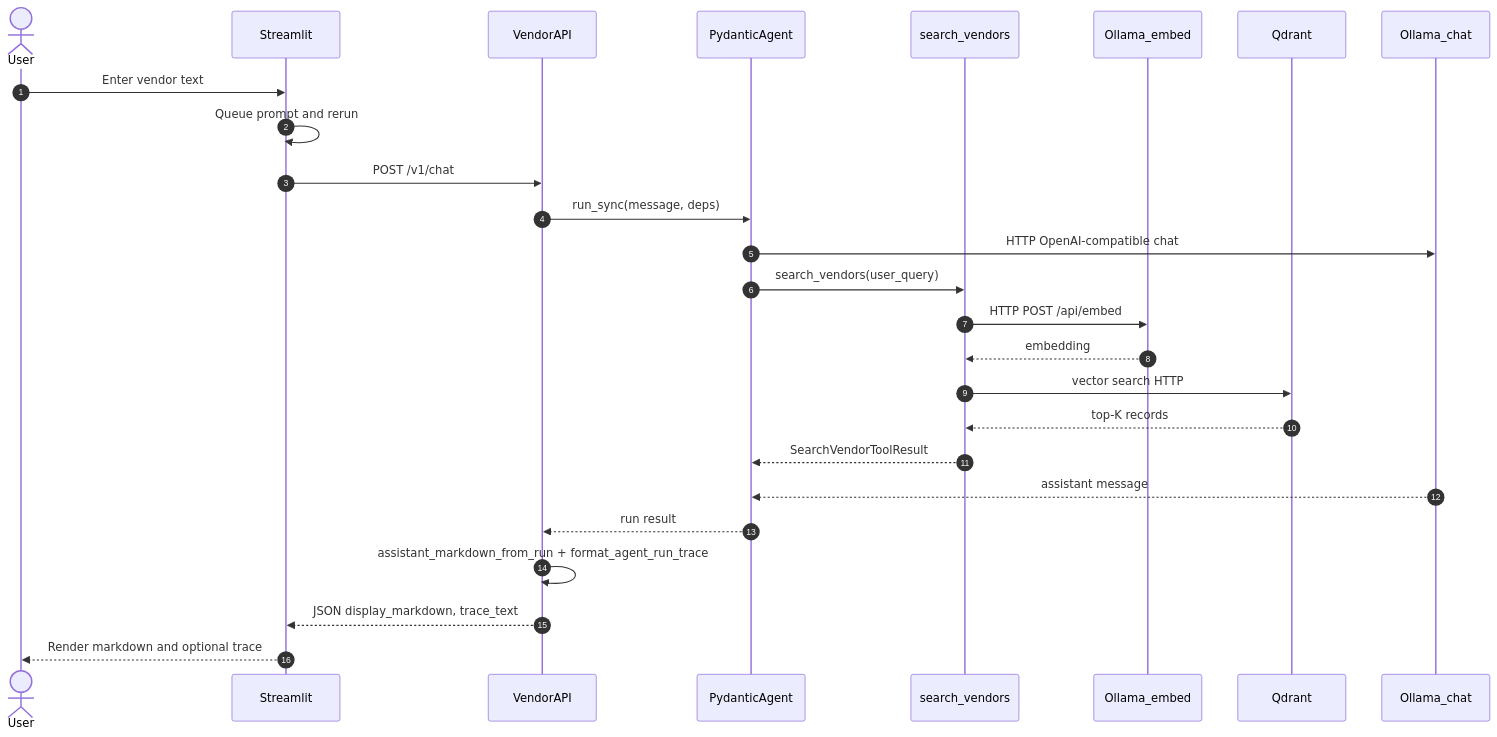
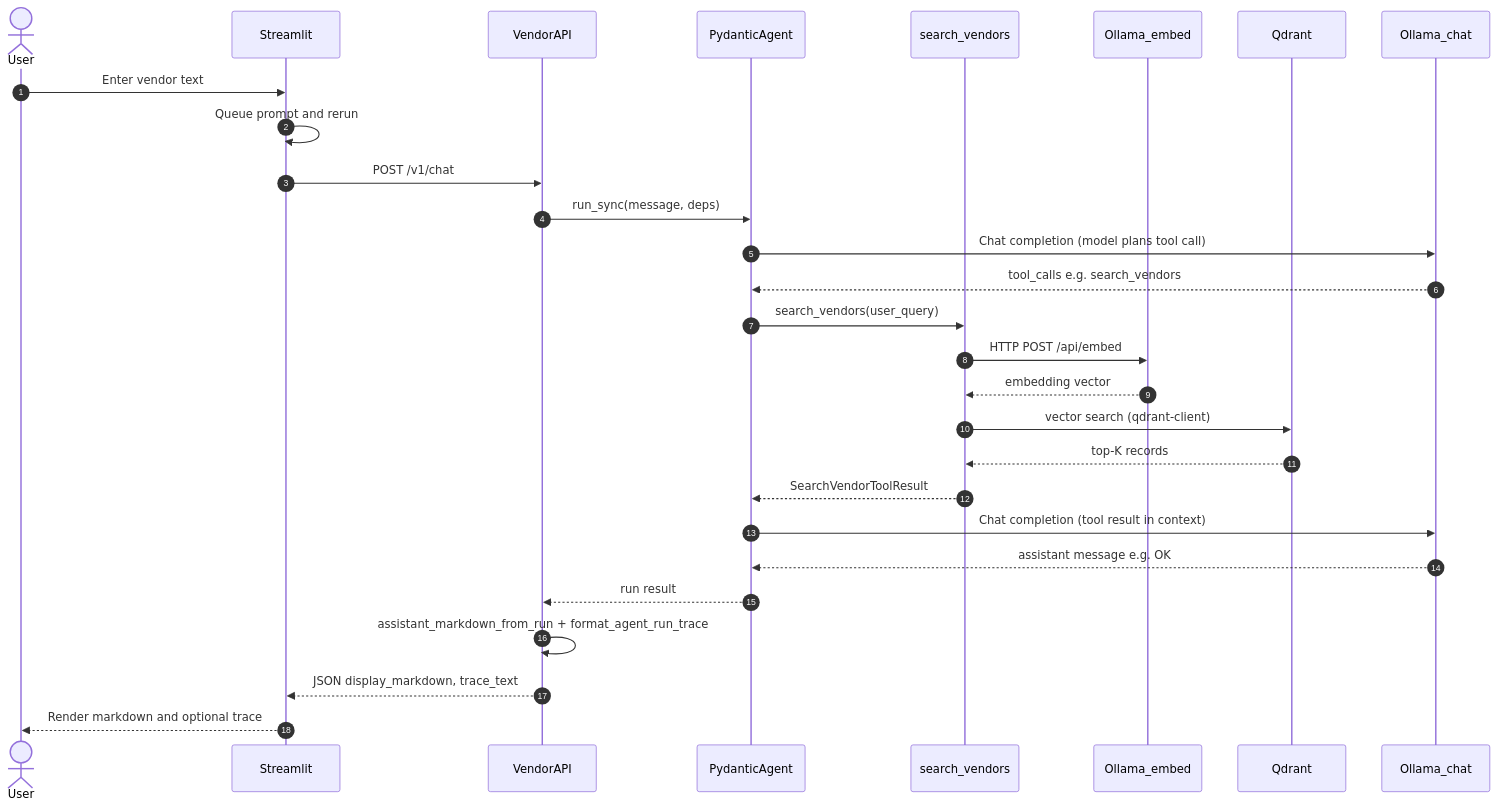
One commit to deepanbiswas/vendor-lookup-rag changed the second of 2 diagrams in docs/architecture.md. Above: the diagram before and after it, drawn with Mermaid. The commit also changed other lines of this file, not shown here.

First line of the commit message:
Update architecture.md: ports/adapters, OpenAPI, and diagram accuracy

````diff
--- a/docs/architecture.md
+++ b/docs/architecture.md
@@ -116,29 +123,31 @@
 ```mermaid
 sequenceDiagram
     autonumber
     actor User
     participant St as Streamlit
     participant Api as VendorAPI
     participant Agent as PydanticAgent
     participant Tool as search_vendors
     participant Oe as Ollama_embed
     participant Qd as Qdrant
     participant Oc as Ollama_chat
 
     User->>St: Enter vendor text
     St->>St: Queue prompt and rerun
     St->>Api: POST /v1/chat
     Api->>Agent: run_sync(message, deps)
-    Agent->>Oc: HTTP OpenAI-compatible chat
+    Agent->>Oc: Chat completion (model plans tool call)
+    Oc-->>Agent: tool_calls e.g. search_vendors
     Agent->>Tool: search_vendors(user_query)
     Tool->>Oe: HTTP POST /api/embed
-    Oe-->>Tool: embedding
-    Tool->>Qd: vector search HTTP
+    Oe-->>Tool: embedding vector
+    Tool->>Qd: vector search (qdrant-client)
     Qd-->>Tool: top-K records
     Tool-->>Agent: SearchVendorToolResult
-    Oc-->>Agent: assistant message
+    Agent->>Oc: Chat completion (tool result in context)
+    Oc-->>Agent: assistant message e.g. OK
     Agent-->>Api: run result
     Api->>Api: assistant_markdown_from_run + format_agent_run_trace
     Api-->>St: JSON display_markdown, trace_text
     St-->>User: Render markdown and optional trace
 ```
````
